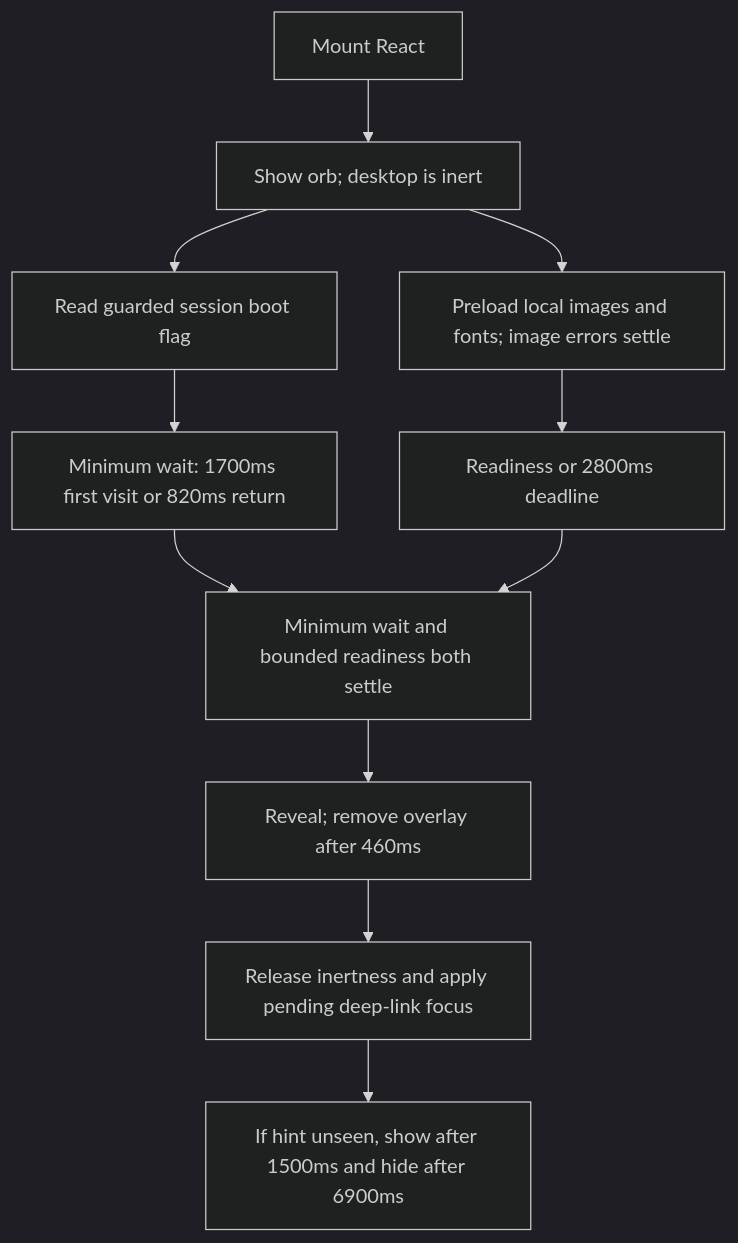
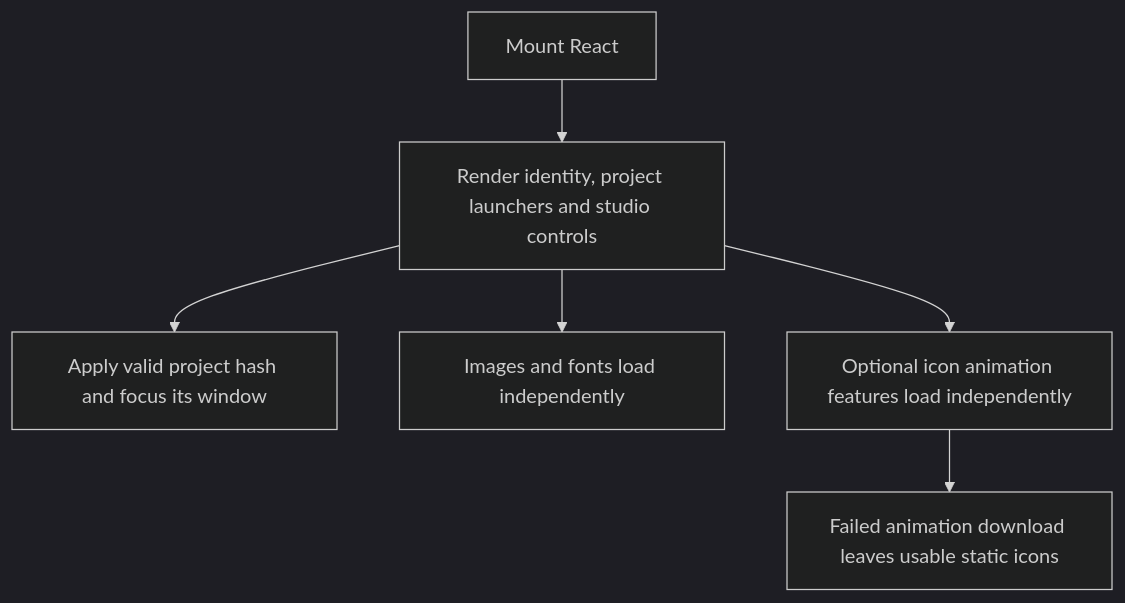
The first of 7 diagrams in docs/APP_FLOW.md (faelic/portfolio), drawn with Mermaid (dark theme) before and after one commit. The commit also changed other lines of this file and 56 other files, not shown here.

Commit message:
feat(frontend): polish mobile studio and animated controls

````diff
--- a/docs/APP_FLOW.md
+++ b/docs/APP_FLOW.md
@@ -9,13 +24,8 @@
 ```mermaid
 flowchart TD
-  A["Mount React"] --> B["Show orb; desktop is inert"]
-  B --> C["Read guarded session boot flag"]
-  C --> D["Minimum wait: 1700ms first visit or 820ms return"]
-  B --> E["Preload local images and fonts; image errors settle"]
-  E --> F["Readiness or 2800ms deadline"]
-  D --> G["Minimum wait and bounded readiness both settle"]
-  F --> G
-  G --> H["Reveal; remove overlay after 460ms"]
-  H --> I["Release inertness and apply pending deep-link focus"]
-  I --> J["If hint unseen, show after 1500ms and hide after 6900ms"]
+  A["Mount React"] --> B["Render identity, project launchers and studio controls"]
+  B --> C["Apply valid project hash and focus its window"]
+  B --> D["Images and fonts load independently"]
+  B --> E["Optional icon animation features load independently"]
+  E --> F["Failed animation download leaves usable static icons"]
 ```
````
